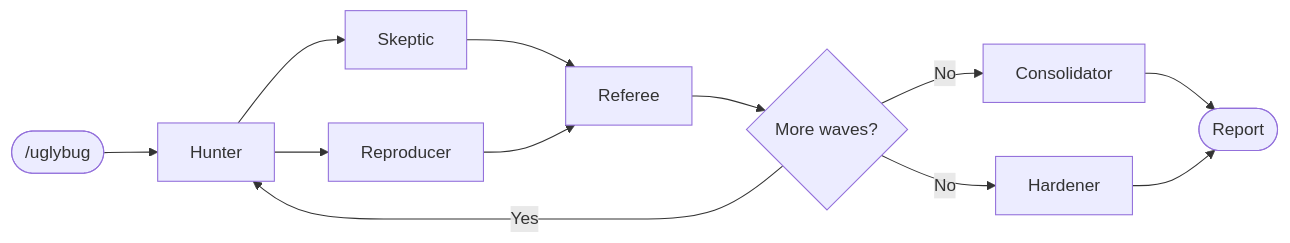
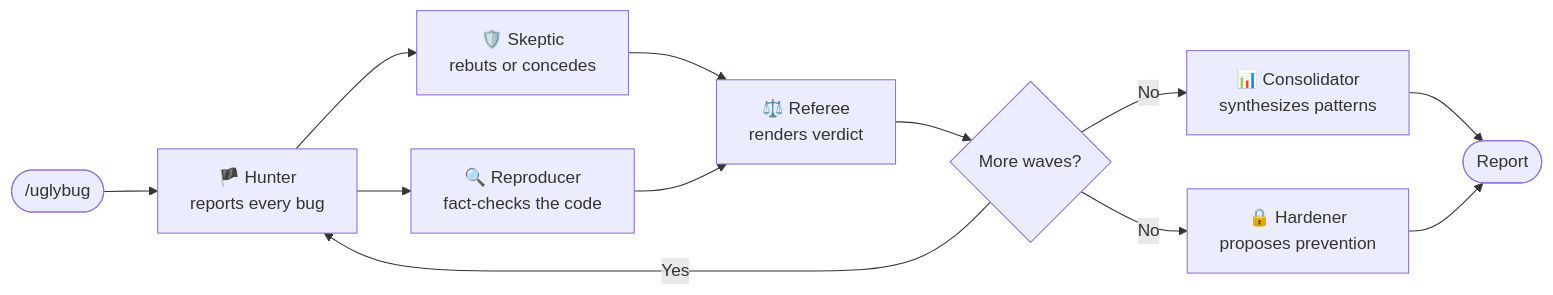
The diagram in README.md (mathifonseca/claude-uglybug), drawn with Mermaid before and after one commit.

Commit message:
Restore emojis and one-line role descriptions in diagram

````diff
--- a/README.md
+++ b/README.md
@@ -12,14 +12,14 @@
 ```mermaid
 flowchart LR
-    U([/uglybug]) --> H[Hunter]
-    H --> S[Skeptic]
-    H --> R[Reproducer]
-    S --> Ref[Referee]
+    U([/uglybug]) --> H["🏴 Hunter<br/>reports every bug"]
+    H --> S["🛡️ Skeptic<br/>rebuts or concedes"]
+    H --> R["🔍 Reproducer<br/>fact-checks the code"]
+    S --> Ref["⚖️ Referee<br/>renders verdict"]
     R --> Ref
     Ref --> W{More waves?}
     W -->|Yes| H
-    W -->|No| C[Consolidator]
-    W -->|No| Hd[Hardener]
+    W -->|No| C["📊 Consolidator<br/>synthesizes patterns"]
+    W -->|No| Hd["🔒 Hardener<br/>proposes prevention"]
     C --> O([Report])
     Hd --> O
 ```
````
